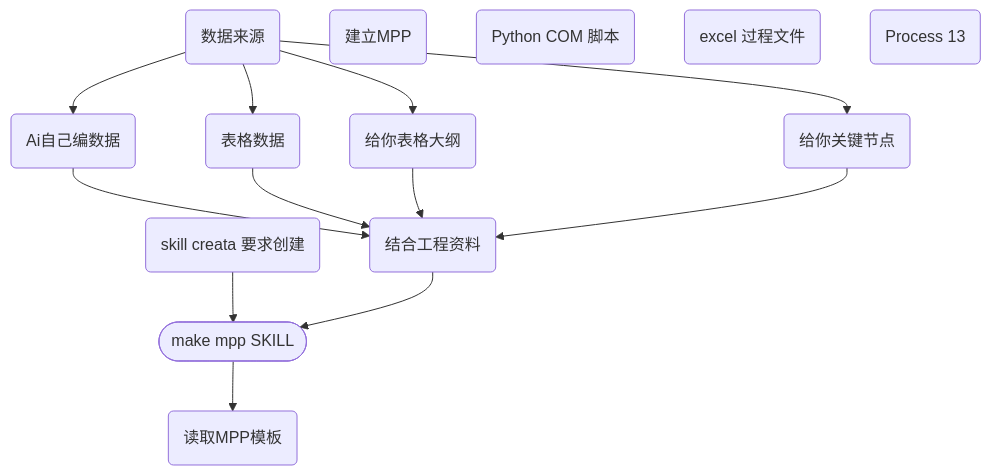
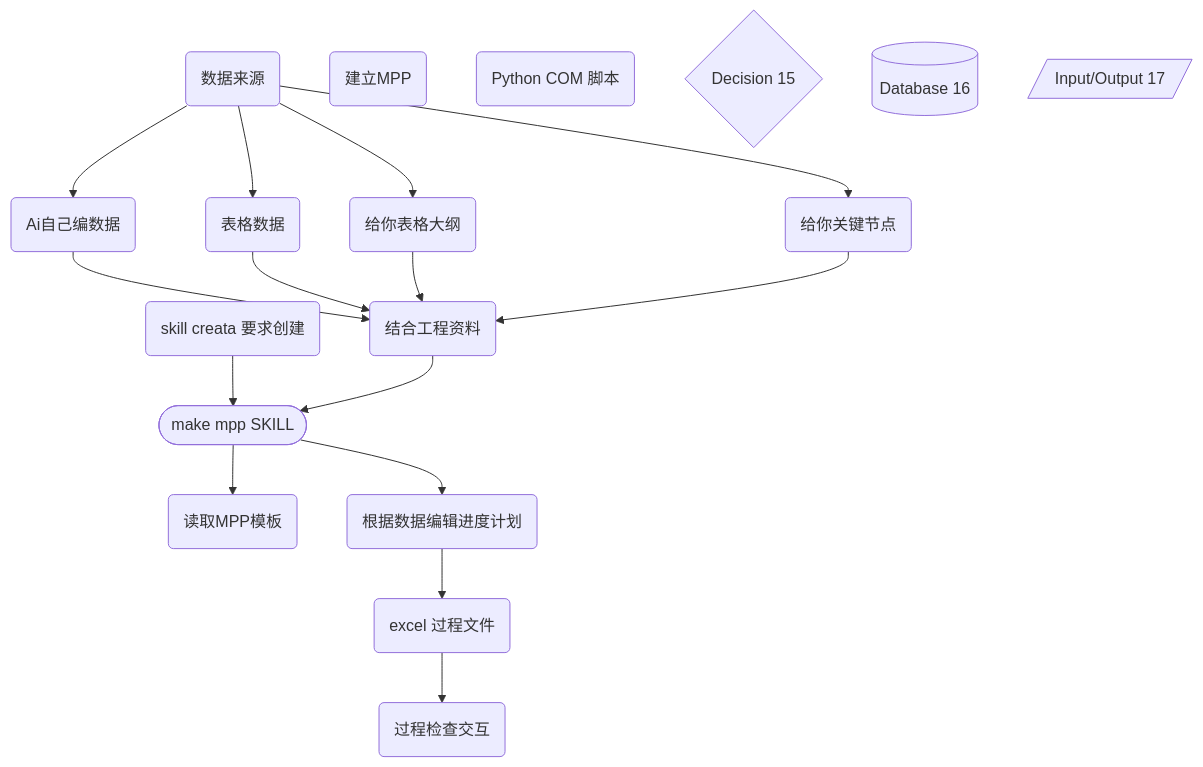
The diagram in notes/进度MMP skill (local)_289c8ca6-dc65-4f5d-8e6f-773a3c6cc0dc.md (fireflysss/mermaid-notes), drawn with Mermaid before and after one commit. The commit also changed 3 other files, not shown here.

Commit message:
Sync Mermaid Studio data (11 diagrams)

````diff
--- a/notes/进度MMP skill (local)_289c8ca6-dc65-4f5d-8e6f-773a3c6cc0dc.md
+++ b/notes/进度MMP skill (local)_289c8ca6-dc65-4f5d-8e6f-773a3c6cc0dc.md
@@ -3,28 +3,35 @@
 ```mermaid
 flowchart TD
   n_0(["make mpp SKILL"])
   n_1("数据来源")
   n_2("skill  creata 要求创建")
   n_3("Ai自己编数据")
   n_4("表格数据")
   n_5("建立MPP")
   n_6("读取MPP模板")
   n_7("Python COM 脚本")
   n_8("给你表格大纲")
   n_9("给你关键节点")
   n_10("结合工程资料")
   n_11("excel 过程文件")
-  n_12("Process 13")
+  n_12("根据数据编辑进度计划")
+  n_13("过程检查交互")
+  n_14{"Decision 15"}
+  n_15[("Database 16")]
+  n_16[/"Input/Output 17"/]
   n_2 --> n_0
   n_0 --> n_6
   n_1 --> n_3
   n_1 --> n_4
   n_1 --> n_8
   n_1 --> n_9
   n_3 --> n_10
   n_4 --> n_10
   n_8 --> n_10
   n_9 --> n_10
   n_10 --> n_0
+  n_0 --> n_12
+  n_12 --> n_11
+  n_11 --> n_13
 
 ```
````
